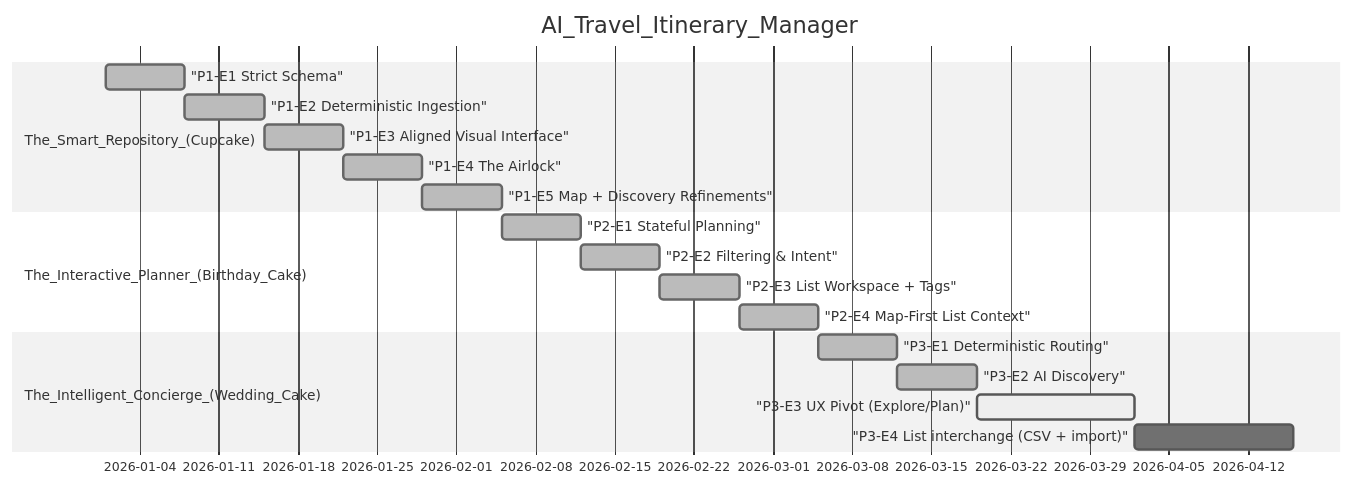
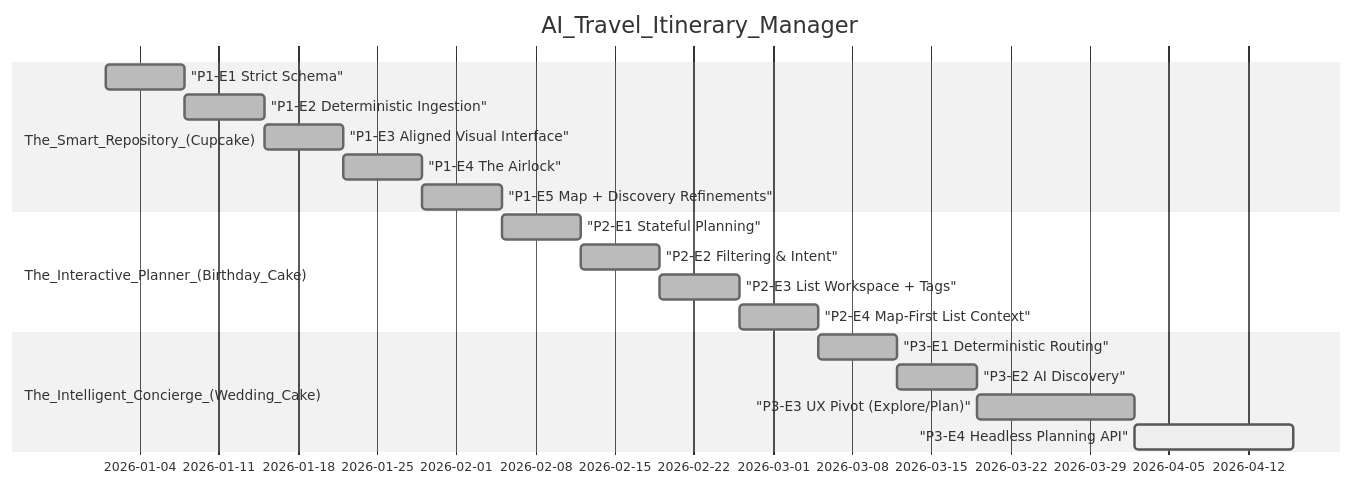
One commit to walshkang/acerca-trip-planner changed the diagram in CONTEXT.md. Above: the diagram before and after it, drawn with Mermaid (neutral theme). The commit also changed other lines of this file and 34 other files, not shown here.

````diff
--- a/CONTEXT.md
+++ b/CONTEXT.md
@@ -91,21 +106,21 @@
 ```mermaid
 gantt
   dateFormat YYYY-MM-DD
   title AI_Travel_Itinerary_Manager
   section The_Smart_Repository_(Cupcake)
   "P1-E1 Strict Schema" :done, p1e1, 2026-01-01, 7d
   "P1-E2 Deterministic Ingestion" :done, p1e2, after p1e1, 7d
   "P1-E3 Aligned Visual Interface" :done, p1e3, after p1e2, 7d
   "P1-E4 The Airlock" :done, p1e4, after p1e3, 7d
   "P1-E5 Map + Discovery Refinements" :done, p1e5, after p1e4, 7d
   section The_Interactive_Planner_(Birthday_Cake)
   "P2-E1 Stateful Planning" :done, p2e1, after p1e5, 7d
   "P2-E2 Filtering & Intent" :done, p2e2, after p2e1, 7d
   "P2-E3 List Workspace + Tags" :done, p2e3, after p2e2, 7d
   "P2-E4 Map-First List Context" :done, p2e4, after p2e3, 7d
   section The_Intelligent_Concierge_(Wedding_Cake)
   "P3-E1 Deterministic Routing" :done, p3e1, after p2e4, 7d
   "P3-E2 AI Discovery" :done, p3e2, after p3e1, 7d
-  "P3-E3 UX Pivot (Explore/Plan)" :active, p3e3, after p3e2, 14d
-  "P3-E4 List interchange (CSV + import)" : p3e4, after p3e3, 14d
+  "P3-E3 UX Pivot (Explore/Plan)" :done, p3e3, after p3e2, 14d
+  "P3-E4 Headless Planning API" :active, p3e4, after p3e3, 14d
 ```
````
